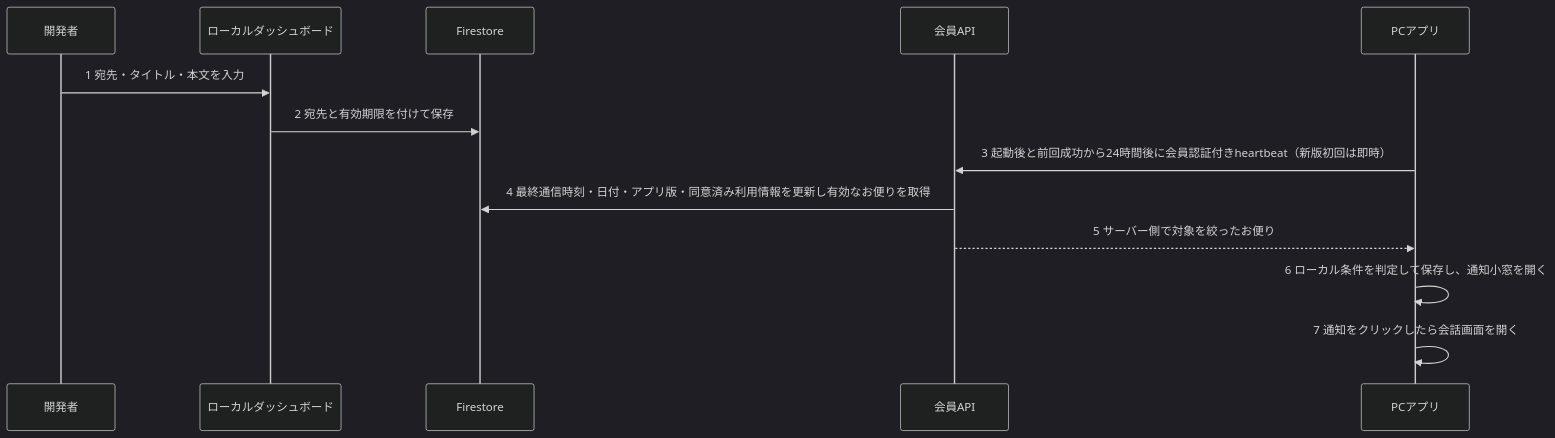
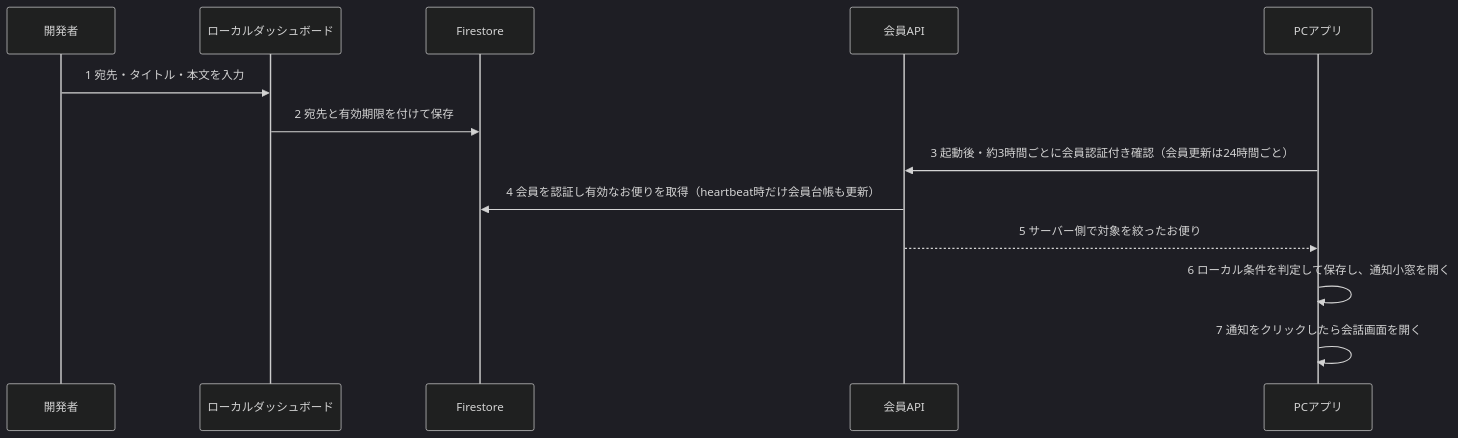
Before and after one commit to ore-no-fusen/ore-no-fusen: the fourth of 4 diagrams in docs-v2/009_MEMBERSHIP.md, drawn with Mermaid (dark theme). The commit also changed other lines of this file and 12 other files, not shown here.

````diff
--- a/docs-v2/009_MEMBERSHIP.md
+++ b/docs-v2/009_MEMBERSHIP.md
@@ -135,15 +137,15 @@
 ```mermaid
 sequenceDiagram
     participant Dev as 開発者
     participant Dash as ローカルダッシュボード
     participant DB as Firestore
     participant API as 会員API
     participant PC as PCアプリ
     Dev->>Dash: 1 宛先・タイトル・本文を入力
     Dash->>DB: 2 宛先と有効期限を付けて保存
-    PC->>API: 3 起動後と前回成功から24時間後に会員認証付きheartbeat（新版初回は即時）
-    API->>DB: 4 最終通信時刻・日付・アプリ版・同意済み利用情報を更新し有効なお便りを取得
+    PC->>API: 3 起動後・約3時間ごとに会員認証付き確認（会員更新は24時間ごと）
+    API->>DB: 4 会員を認証し有効なお便りを取得（heartbeat時だけ会員台帳も更新）
     API-->>PC: 5 サーバー側で対象を絞ったお便り
     PC->>PC: 6 ローカル条件を判定して保存し、通知小窓を開く
     PC->>PC: 7 通知をクリックしたら会話画面を開く
 ```
````
